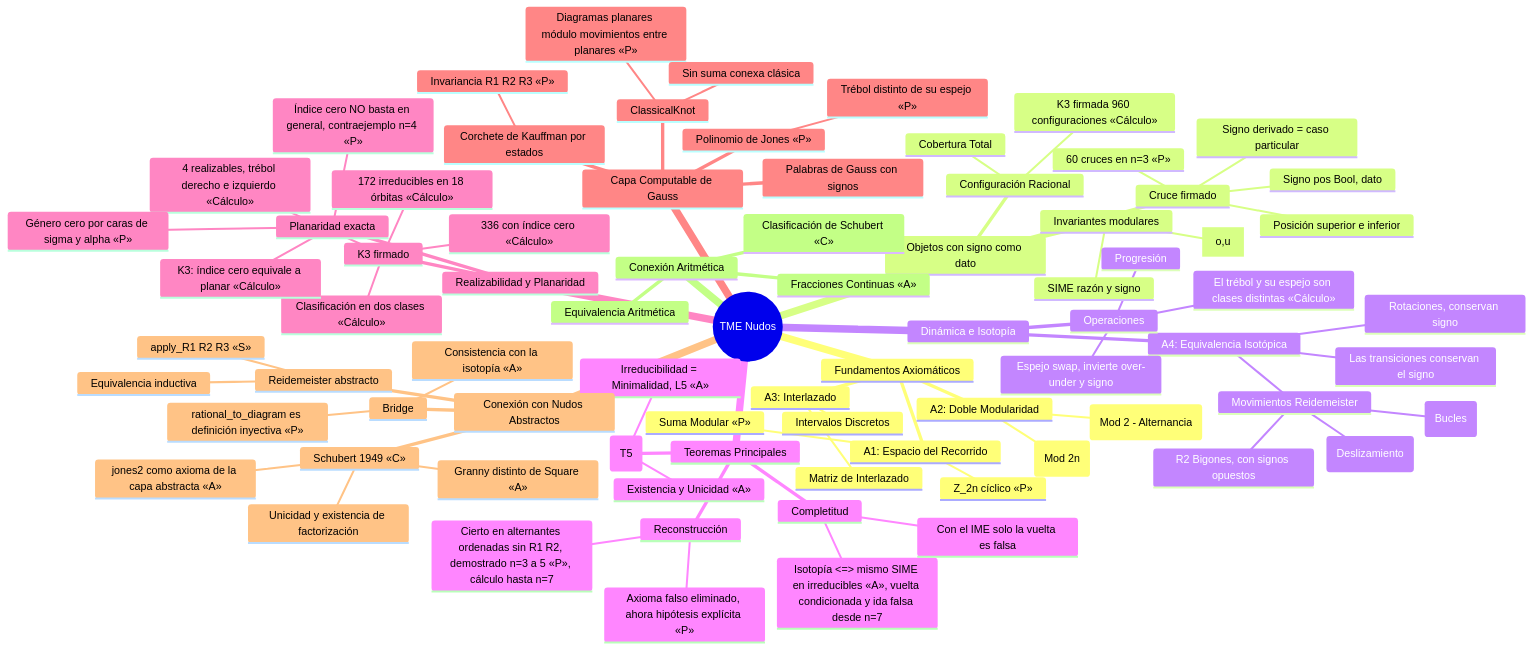
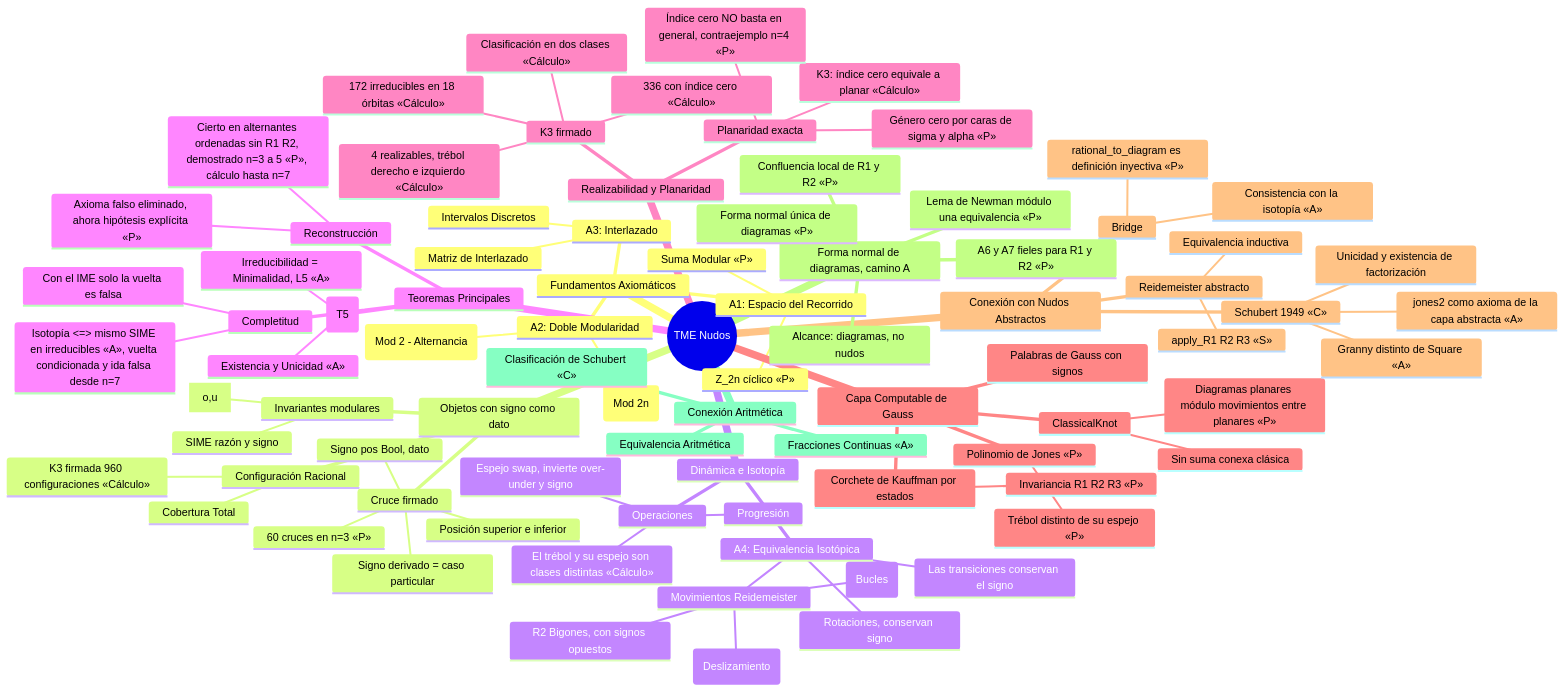
The diagram in MapaMental_TME.md (PabloeCancino/TME_Nudos), drawn with Mermaid before and after one commit. The commit also changed 4 other files, not shown here.

First line of the commit message:
feat(forma-normal): etapas 2 y 3, forma normal unica de diagramas modulo R1/R2; A6 y A7 fieles demostrados para todo n

```diff
--- a/MapaMental_TME.md
+++ b/MapaMental_TME.md
@@ -83,6 +83,12 @@
       Reidemeister abstracto
         Equivalencia inductiva
         apply_R1 R2 R3 «S»
+    Forma normal de diagramas, camino A
+      Lema de Newman módulo una equivalencia «P»
+      Confluencia local de R1 y R2 «P»
+      Forma normal única de diagramas «P»
+      A6 y A7 fieles para R1 y R2 «P»
+      Alcance: diagramas, no nudos
     Conexión Aritmética
       Fracciones Continuas «A»
       Clasificación de Schubert «C»
```
